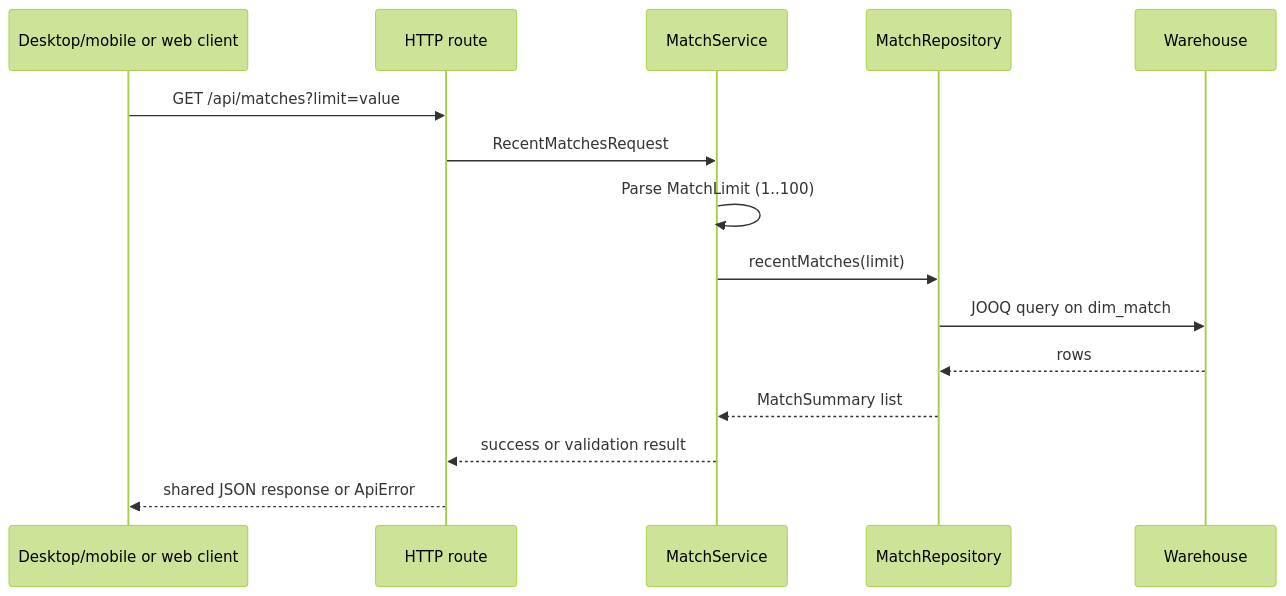
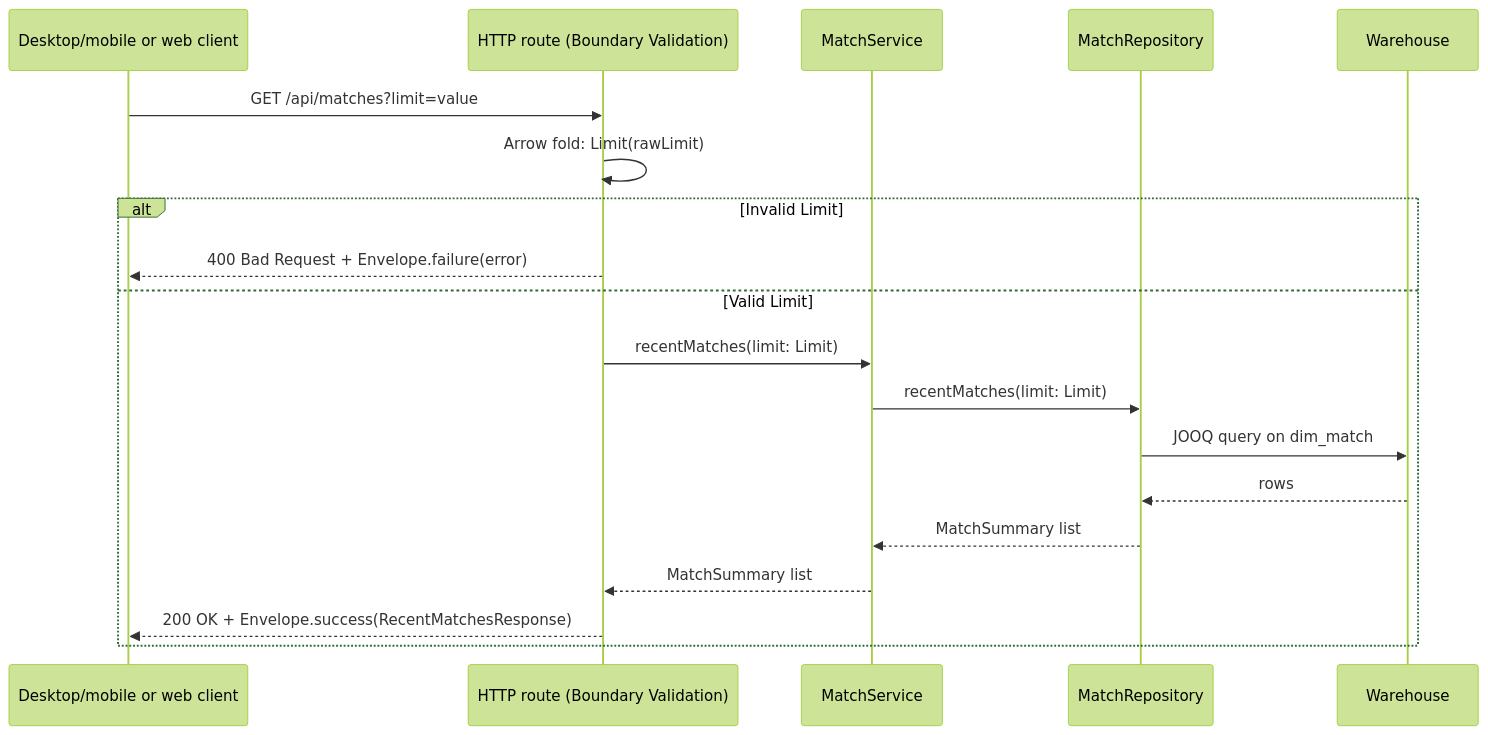
One commit to kevinrjones/acs_ball_by_ball changed the third of 3 diagrams in docs/architecture/applications.md. Above: the diagram before and after it, drawn with Mermaid (forest theme). The commit also changed other lines of this file and 25 other files, not shown here.

````diff
--- a/docs/architecture/applications.md
+++ b/docs/architecture/applications.md
@@ -120,17 +120,21 @@
 ```mermaid
 sequenceDiagram
     participant Client as Desktop/mobile or web client
-    participant Route as HTTP route
+    participant Route as HTTP route (Boundary Validation)
     participant Service as MatchService
     participant Repo as MatchRepository
     participant DB as Warehouse
     Client ->> Route: GET /api/matches?limit=value
-    Route ->> Service: RecentMatchesRequest
-    Service ->> Service: Parse MatchLimit (1..100)
-    Service ->> Repo: recentMatches(limit)
-    Repo ->> DB: JOOQ query on dim_match
-    DB -->> Repo: rows
-    Repo -->> Service: MatchSummary list
-    Service -->> Route: success or validation result
-    Route -->> Client: shared JSON response or ApiError
+    Route ->> Route: Arrow fold: Limit(rawLimit)
+    alt Invalid Limit
+        Route -->> Client: 400 Bad Request + Envelope.failure(error)
+    else Valid Limit
+        Route ->> Service: recentMatches(limit: Limit)
+        Service ->> Repo: recentMatches(limit: Limit)
+        Repo ->> DB: JOOQ query on dim_match
+        DB -->> Repo: rows
+        Repo -->> Service: MatchSummary list
+        Service -->> Route: MatchSummary list
+        Route -->> Client: 200 OK + Envelope.success(RecentMatchesResponse)
+    end
 ```
````
